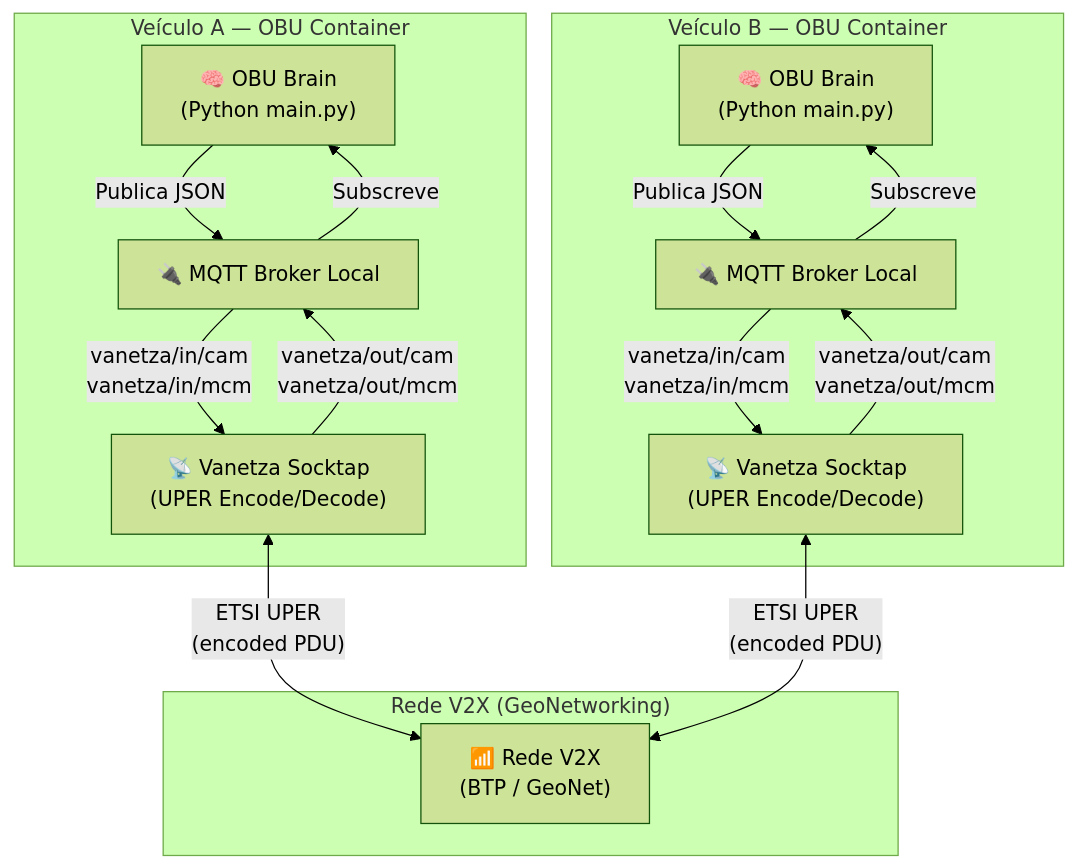
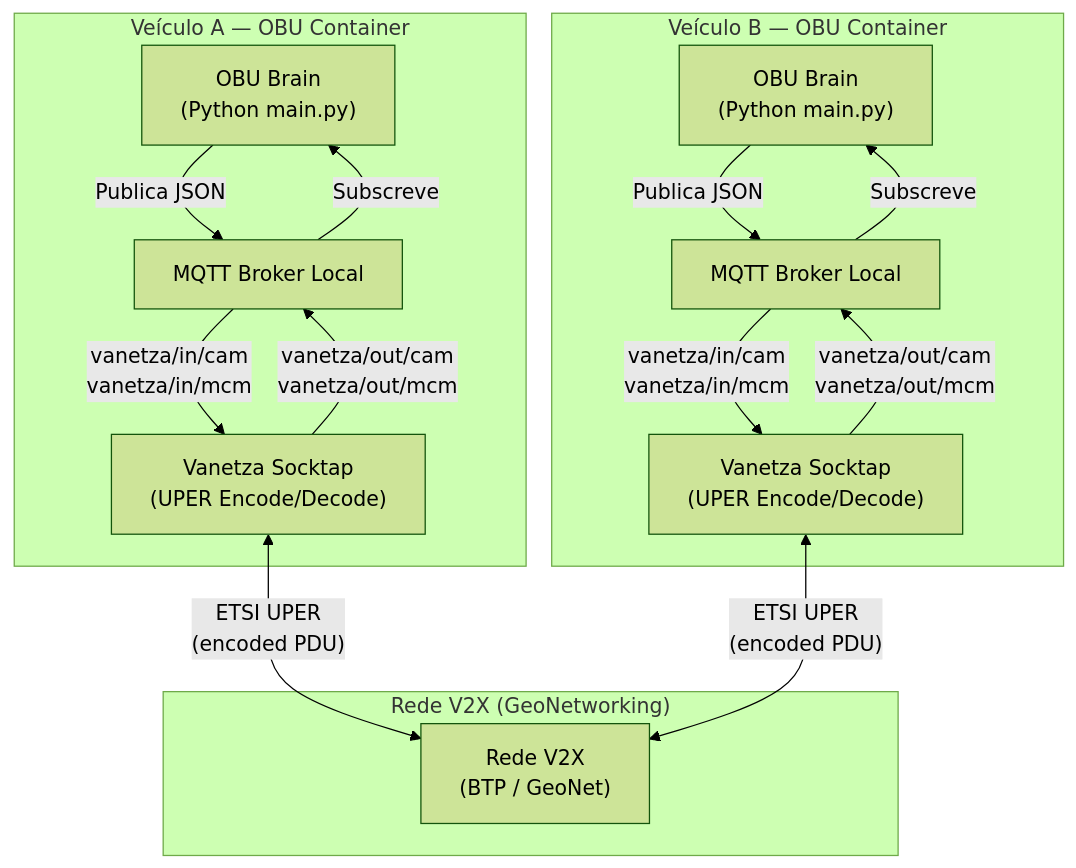
Before and after one commit to BMarujo/RSA: the first of 8 diagrams in mcm_cam_diagram.md, drawn with Mermaid (forest theme). The commit also changed other lines of this file and 25 other files, not shown here.

````diff
--- a/mcm_cam_diagram.md
+++ b/mcm_cam_diagram.md
@@ -7,31 +7,31 @@
 ```mermaid
 graph TB
     subgraph "Veículo A — OBU Container"
-        APP_A["🧠 OBU Brain<br/>(Python main.py)"]
-        VAT_A["📡 Vanetza Socktap<br/>(UPER Encode/Decode)"]
-        MQTT_A["🔌 MQTT Broker Local"]
+        APP_A["OBU Brain<br/>(Python main.py)"]
+        VAT_A["Vanetza Socktap<br/>(UPER Encode/Decode)"]
+        MQTT_A["MQTT Broker Local"]
         
         APP_A -->|"Publica JSON"| MQTT_A
         MQTT_A -->|"vanetza/in/cam<br/>vanetza/in/mcm"| VAT_A
         VAT_A -->|"vanetza/out/cam<br/>vanetza/out/mcm"| MQTT_A
         MQTT_A -->|"Subscreve"| APP_A
     end
 
     subgraph "Rede V2X (GeoNetworking)"
-        V2X["📶 Rede V2X<br/>(BTP / GeoNet)"]
+        V2X["Rede V2X<br/>(BTP / GeoNet)"]
     end
 
     subgraph "Veículo B — OBU Container"
-        APP_B["🧠 OBU Brain<br/>(Python main.py)"]
-        VAT_B["📡 Vanetza Socktap<br/>(UPER Encode/Decode)"]
-        MQTT_B["🔌 MQTT Broker Local"]
+        APP_B["OBU Brain<br/>(Python main.py)"]
+        VAT_B["Vanetza Socktap<br/>(UPER Encode/Decode)"]
+        MQTT_B["MQTT Broker Local"]
         
         APP_B -->|"Publica JSON"| MQTT_B
         MQTT_B -->|"vanetza/in/cam<br/>vanetza/in/mcm"| VAT_B
         VAT_B -->|"vanetza/out/cam<br/>vanetza/out/mcm"| MQTT_B
         MQTT_B -->|"Subscreve"| APP_B
     end
 
     VAT_A <-->|"ETSI UPER<br/>(encoded PDU)"| V2X
     VAT_B <-->|"ETSI UPER<br/>(encoded PDU)"| V2X
 ```
````
